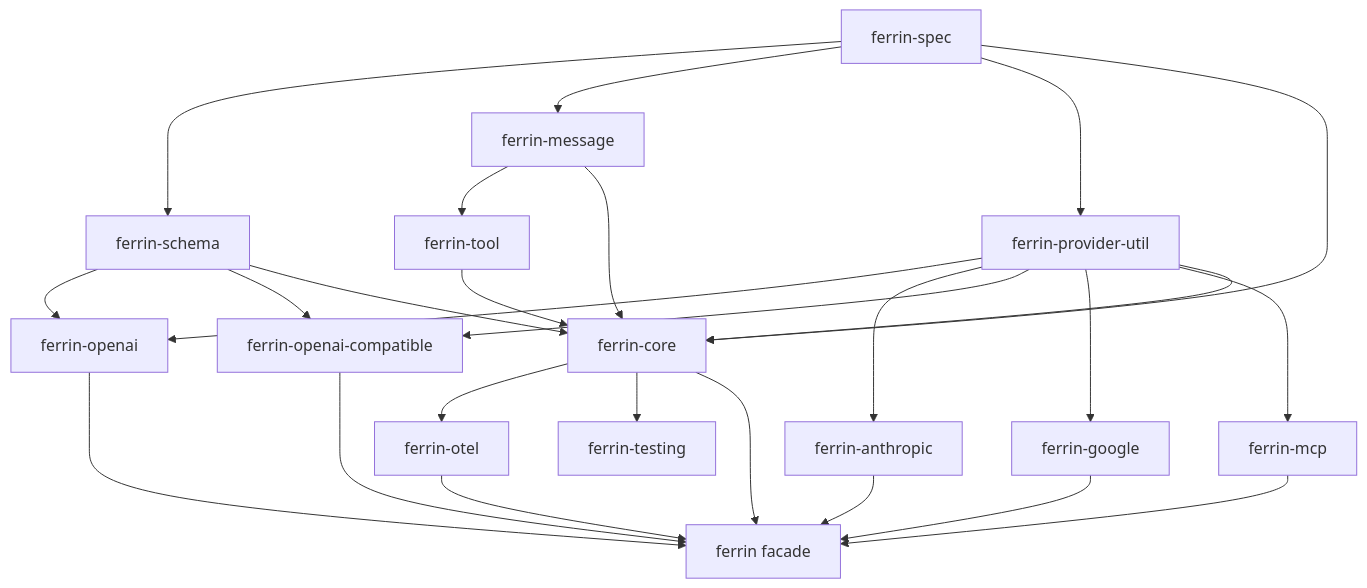
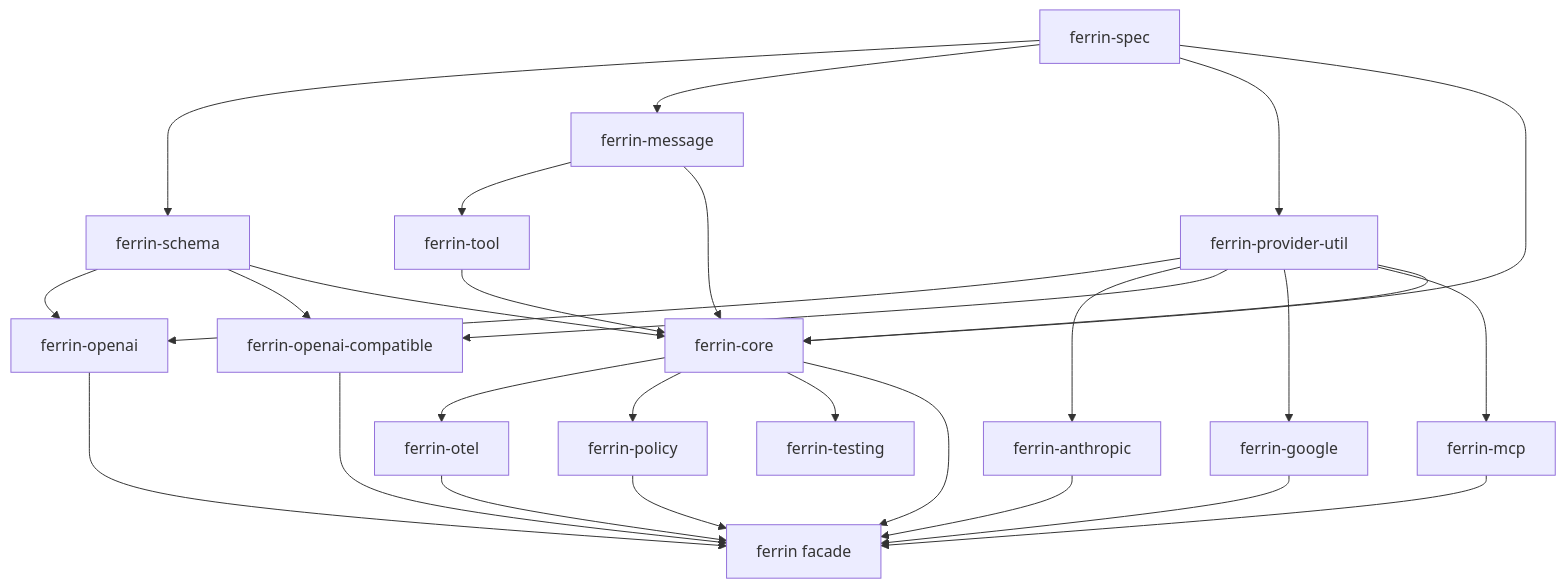
One commit to f4tumnigrum/ferrin changed the diagram in docs/01-architecture/02-crates.md. Above: the diagram before and after it, drawn with Mermaid. The commit also changed other lines of this file and 75 other files, not shown here.

````diff
--- a/docs/01-architecture/02-crates.md
+++ b/docs/01-architecture/02-crates.md
@@ -34,28 +35,30 @@
 ```mermaid
 flowchart TD
     spec[ferrin-spec] --> schema[ferrin-schema]
     spec --> message[ferrin-message]
     message --> tool[ferrin-tool]
     spec --> util[ferrin-provider-util]
     util --> openai[ferrin-openai]
     util --> anthropic[ferrin-anthropic]
     util --> compatible[ferrin-openai-compatible]
     schema --> openai
     schema --> compatible
     util --> google[ferrin-google]
     util --> mcp[ferrin-mcp]
     spec --> core[ferrin-core]
     schema --> core
     message --> core
     tool --> core
     util --> core
     core --> otel[ferrin-otel]
+    core --> policy[ferrin-policy]
     core --> testing[ferrin-testing]
     core --> facade[ferrin facade]
     openai --> facade
     anthropic --> facade
     compatible --> facade
     google --> facade
     mcp --> facade
     otel --> facade
+    policy --> facade
 ```
````
